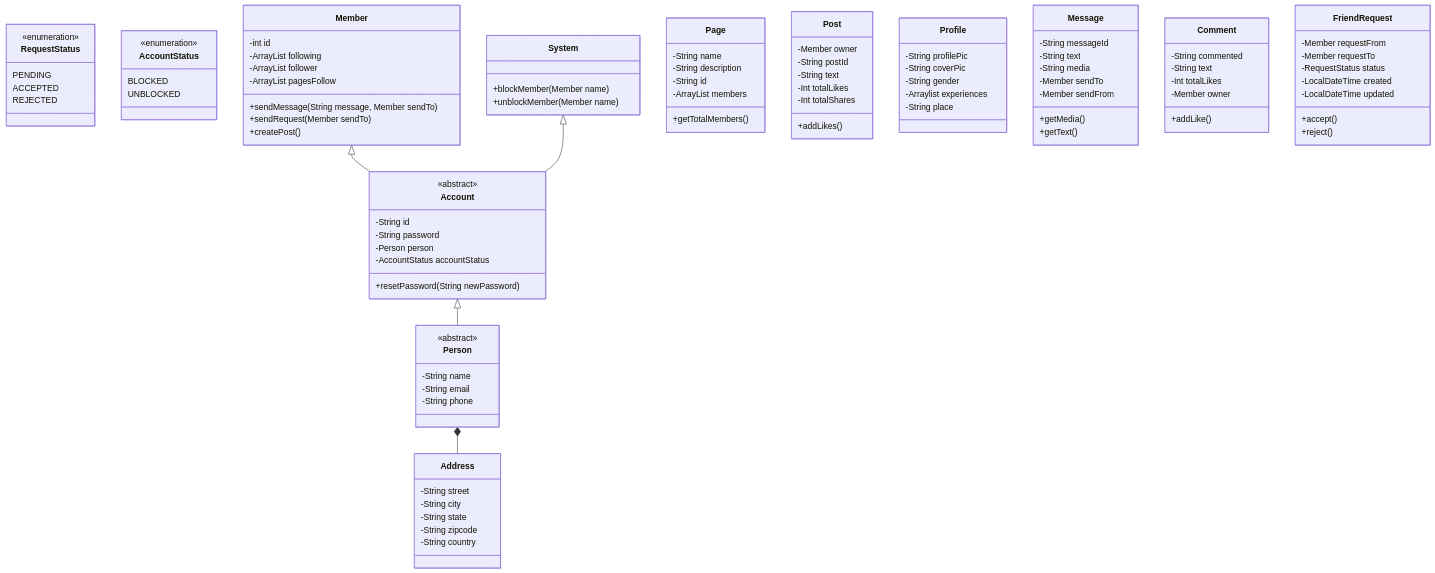
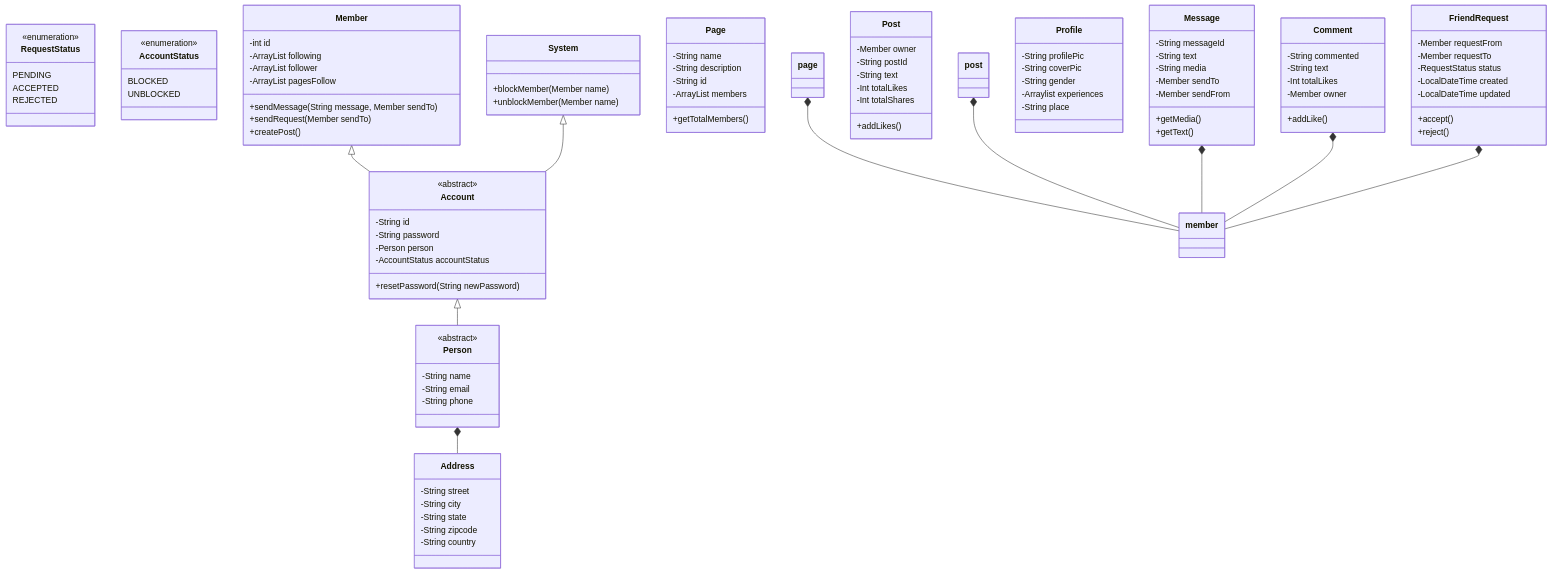
One commit to workrahul22/learning changed the diagram in 2. Low Level Design/LLDExamples.md. Above: the diagram before and after it, drawn with Mermaid.

````diff
--- a/2. Low Level Design/LLDExamples.md
+++ b/2. Low Level Design/LLDExamples.md
@@ -65,6 +65,7 @@
       -ArrayList<Member> members
       +getTotalMembers()
     }
+    page *-- member
 
     class Post {
       -Member owner
@@ -74,6 +75,7 @@
       -Int totalShares
       +addLikes()
     }
+    post *-- member
 
     class Profile {
       -String profilePic
@@ -92,6 +94,7 @@
       +getMedia()
       +getText()
     }
+    Message *-- member
 
     class Comment {
       -String commented
@@ -100,6 +103,8 @@
       -Member owner
       +addLike()
     }
+
+    Comment *-- member
 
     class FriendRequest {
       -Member requestFrom
@@ -111,4 +116,6 @@
       +reject()
     }
 
+    FriendRequest *-- member
+
 ```
````
